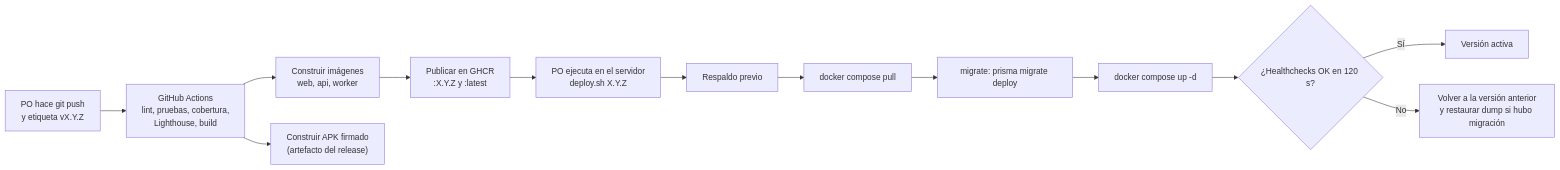
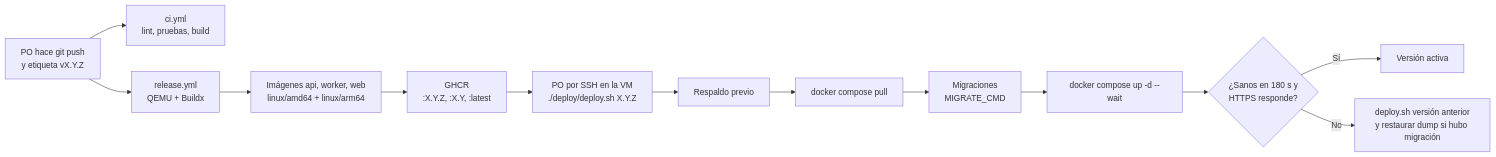
One commit to devrenerosales/App_Comidas changed the third of 3 diagrams in docs/02-diseno/despliegue.md. Above: the diagram before and after it, drawn with Mermaid. The commit also changed other lines of this file and 27 other files, not shown here.

````diff
--- a/docs/02-diseno/despliegue.md
+++ b/docs/02-diseno/despliegue.md
@@ -213,15 +336,15 @@
 ```mermaid
 flowchart LR
-  DEV["PO hace git push<br>y etiqueta vX.Y.Z"] --> CI["GitHub Actions<br>lint, pruebas, cobertura,<br>Lighthouse, build"]
-  CI --> IMG["Construir imágenes<br>web, api, worker"]
-  IMG --> GH["Publicar en GHCR<br>:X.Y.Z y :latest"]
-  CI --> APK["Construir APK firmado<br>(artefacto del release)"]
-  GH --> SSH["PO ejecuta en el servidor<br>deploy.sh X.Y.Z"]
+  DEV["PO hace git push<br>y etiqueta vX.Y.Z"] --> CI["ci.yml<br>lint, pruebas, build"]
+  DEV --> REL["release.yml<br>QEMU + Buildx"]
+  REL --> IMG["Imágenes api, worker, web<br>linux/amd64 + linux/arm64"]
+  IMG --> GH["GHCR<br>:X.Y.Z, :X.Y, :latest"]
+  GH --> SSH["PO por SSH en la VM<br>./deploy/deploy.sh X.Y.Z"]
   SSH --> B["Respaldo previo"]
   B --> P["docker compose pull"]
-  P --> M["migrate: prisma migrate deploy"]
-  M --> U["docker compose up -d"]
-  U --> H{"¿Healthchecks OK en 120 s?"}
+  P --> M["Migraciones<br>MIGRATE_CMD"]
+  M --> U["docker compose up -d --wait"]
+  U --> H{"¿Sanos en 180 s y<br>HTTPS responde?"}
   H -- "Sí" --> OK["Versión activa"]
-  H -- "No" --> RB["Volver a la versión anterior<br>y restaurar dump si hubo migración"]
+  H -- "No" --> RB["deploy.sh versión anterior<br>y restaurar dump si hubo migración"]
 ```
````
